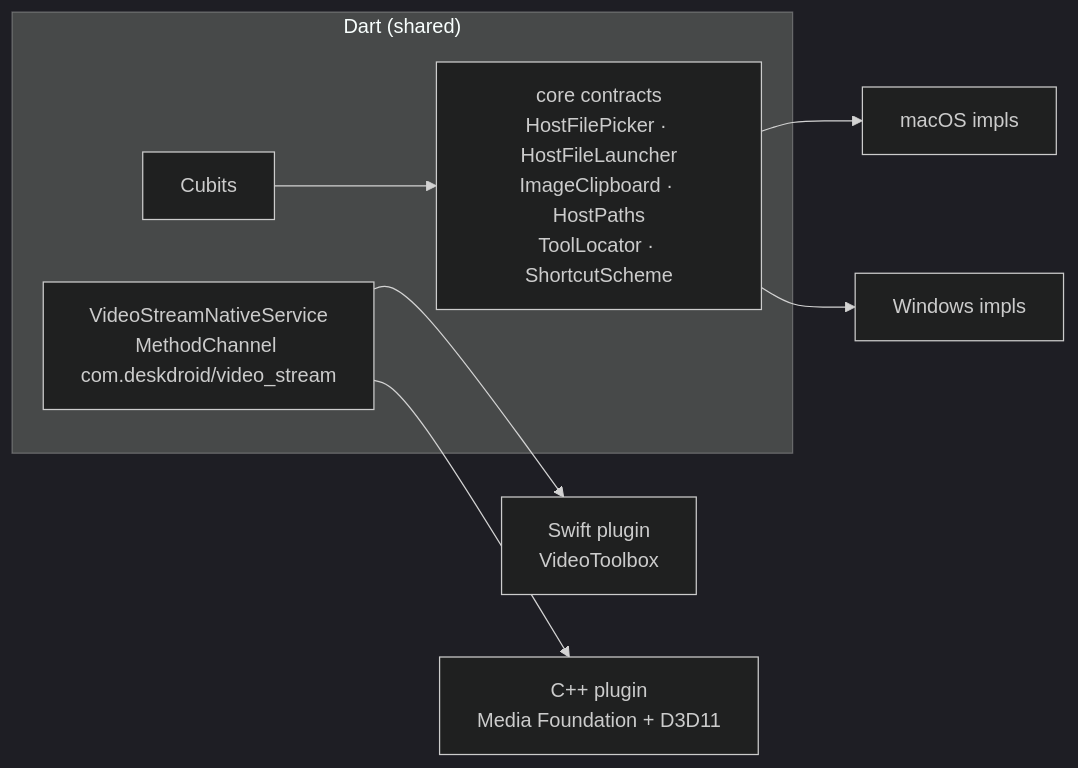
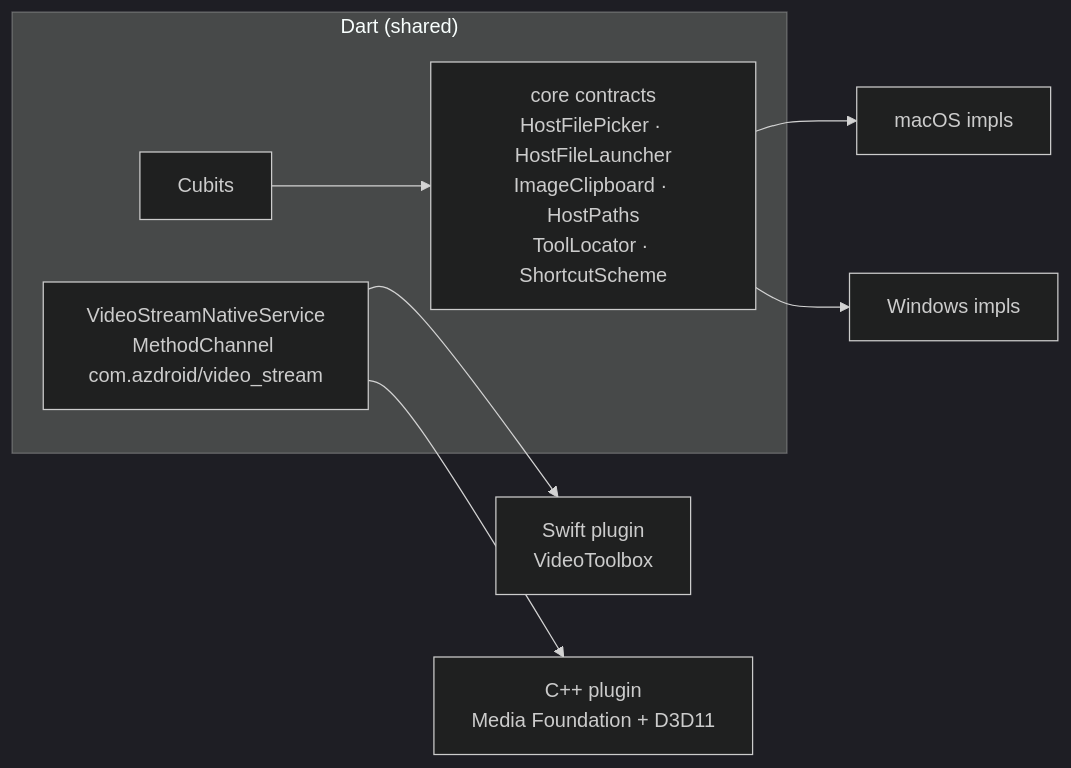
Before and after one commit to az-coder-123/azdroid: the diagram in docs/windows-port-plan.md, drawn with Mermaid (dark theme). The commit also changed other lines of this file and 147 other files, not shown here.

First line of the commit message:
chore: complete Azdroid renaming across assets, native channels, MCP server, and tests

````diff
--- a/docs/windows-port-plan.md
+++ b/docs/windows-port-plan.md
@@ -45,11 +45,11 @@
 ```mermaid
 flowchart LR
     subgraph Dart ["Dart (shared)"]
         Cubits --> Contracts["core contracts\nHostFilePicker · HostFileLauncher\nImageClipboard · HostPaths\nToolLocator · ShortcutScheme"]
-        VideoSvc["VideoStreamNativeService\nMethodChannel com.deskdroid/video_stream"]
+        VideoSvc["VideoStreamNativeService\nMethodChannel com.azdroid/video_stream"]
     end
     Contracts --> MacImpl["macOS impls"]
     Contracts --> WinImpl["Windows impls"]
     VideoSvc --> Swift["Swift plugin\nVideoToolbox"]
     VideoSvc --> Cpp["C++ plugin\nMedia Foundation + D3D11"]
 ```
````
